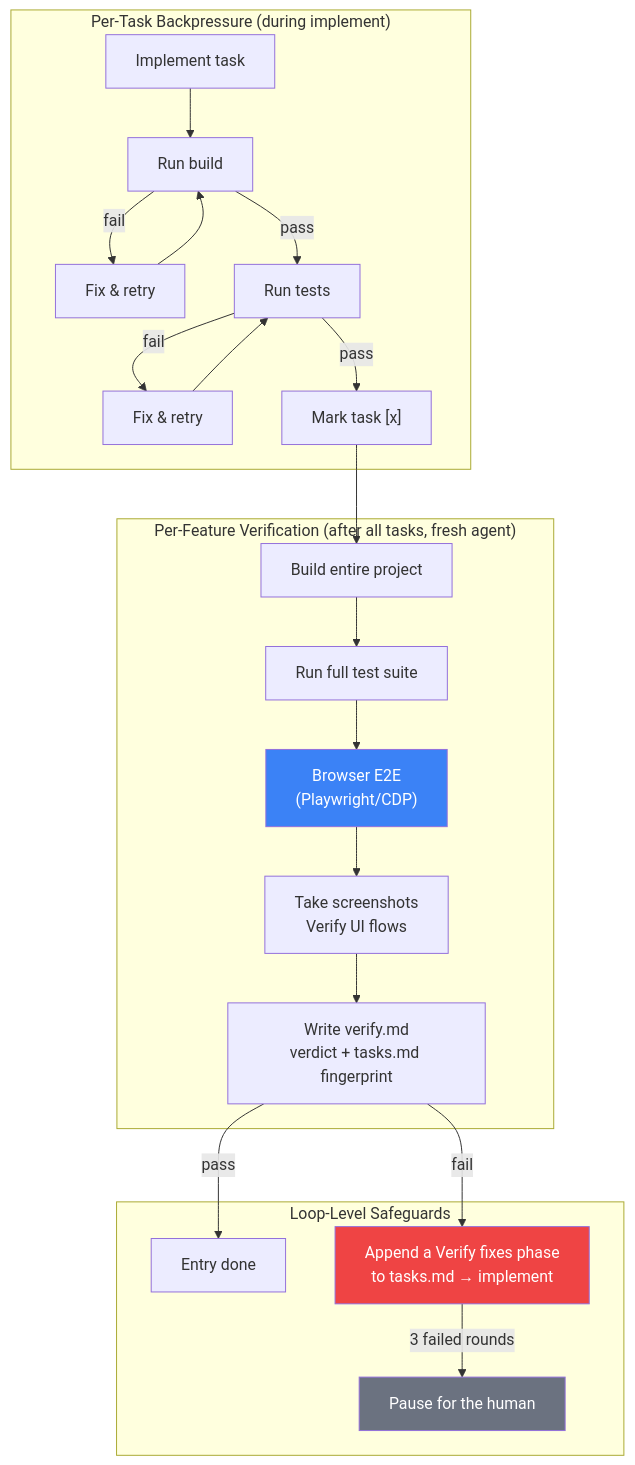
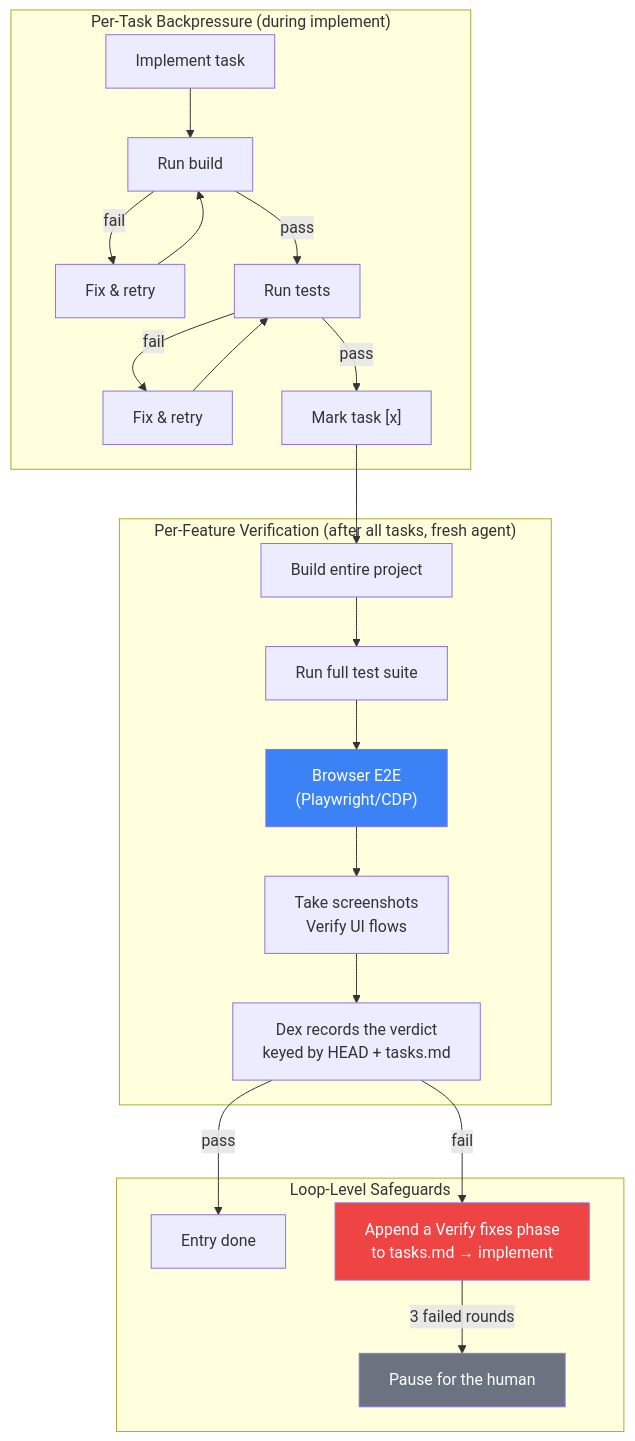
One commit to lukaskellerstein/dex changed the sixth of 11 diagrams in docs/SOLUTION.md. Above: the diagram before and after it, drawn with Mermaid. The commit also changed other lines of this file and 13 other files, not shown here.

First line of the commit message:
Spec 015 Phase 12: verify records, the spec-kit env and the default env in the docs

````diff
--- a/docs/SOLUTION.md
+++ b/docs/SOLUTION.md
@@ -259,30 +259,30 @@
 ```mermaid
 flowchart TB
     subgraph "Per-Task Backpressure (during implement)"
         T1[Implement task] --> BUILD1[Run build]
         BUILD1 -->|fail| FIX1[Fix & retry]
         FIX1 --> BUILD1
         BUILD1 -->|pass| TEST1[Run tests]
         TEST1 -->|fail| FIX2[Fix & retry]
         FIX2 --> TEST1
         TEST1 -->|pass| MARK["Mark task [x]"]
     end
 
     subgraph "Per-Feature Verification (after all tasks, fresh agent)"
         MARK --> VBUILD[Build entire project]
         VBUILD --> VTEST[Run full test suite]
         VTEST --> E2E["Browser E2E\n(Playwright/CDP)"]
         E2E --> SCREENSHOT[Take screenshots\nVerify UI flows]
-        SCREENSHOT --> RECORD["Write verify.md\nverdict + tasks.md fingerprint"]
+        SCREENSHOT --> RECORD["Dex records the verdict\nkeyed by HEAD + tasks.md"]
     end
 
     subgraph "Loop-Level Safeguards"
         RECORD -->|pass| DONE[Entry done]
         RECORD -->|fail| FIXES["Append a Verify fixes phase\nto tasks.md → implement"]
         FIXES -->|3 failed rounds| PAUSE[Pause for the human]
     end
 
     style E2E fill:#3b82f6,color:#fff
     style FIXES fill:#ef4444,color:#fff
     style PAUSE fill:#6b7280,color:#fff
 ```
````
